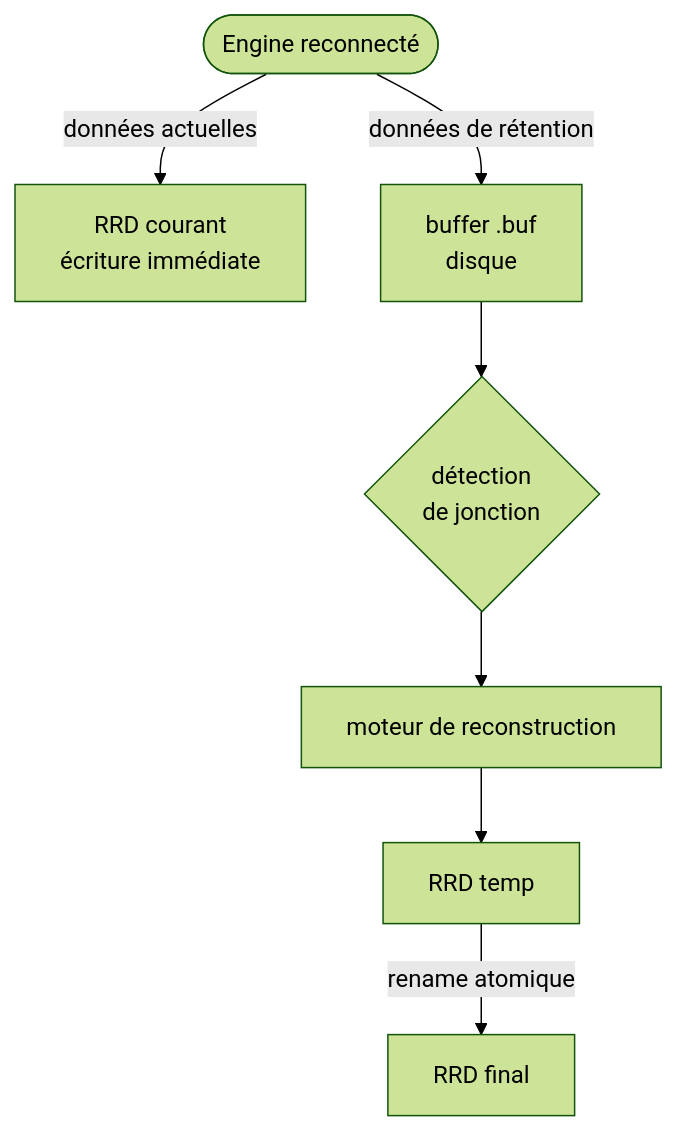
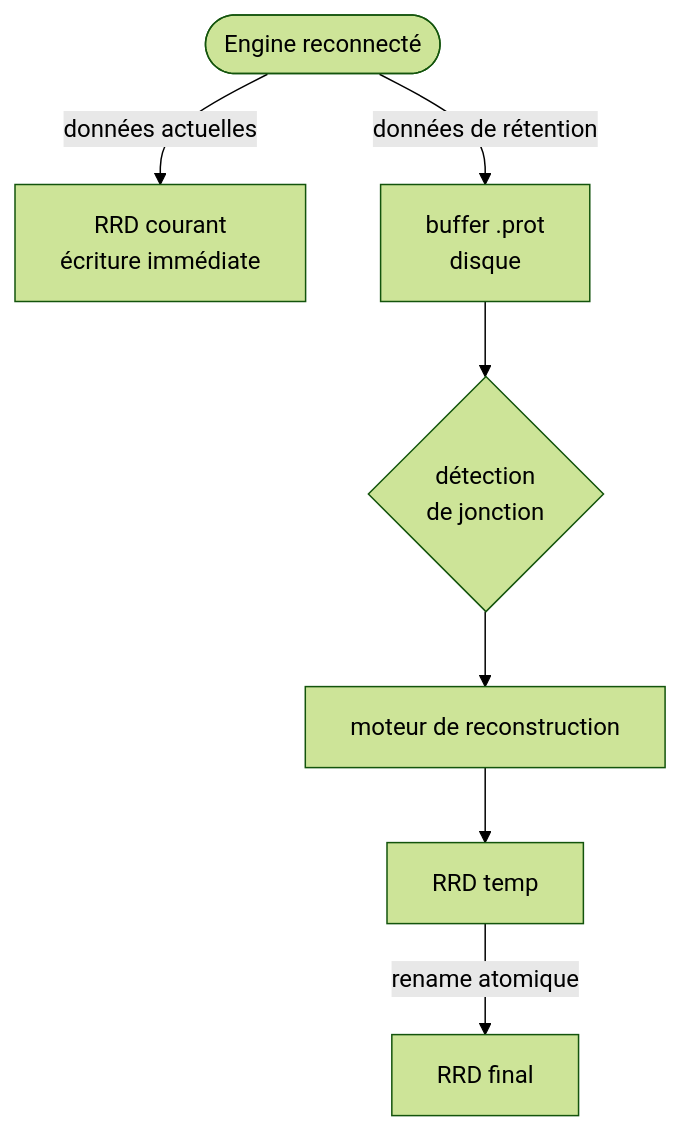
Before and after one commit to centreon/centreon-collect: diagram 19 of 25 in broker/doc/nego-engine-broker-fr.md, drawn with Mermaid (forest theme). The commit also changed other lines of this file and 21 other files, not shown here.

````diff
--- a/broker/doc/nego-engine-broker-fr.md
+++ b/broker/doc/nego-engine-broker-fr.md
@@ -1485,10 +1485,10 @@
 ```mermaid
 flowchart TD
     E([Engine reconnecté])
     E -->|données actuelles| RRD[RRD courant\nécriture immédiate]
-    E -->|données de rétention| BUF[buffer .buf\ndisque]
+    E -->|données de rétention| BUF[buffer .prot\ndisque]
     BUF --> J{détection\nde jonction}
     J --> MR[moteur de reconstruction]
     MR --> TMP[RRD temp]
     TMP -->|rename atomique| RRD2[RRD final]
 ```
````
